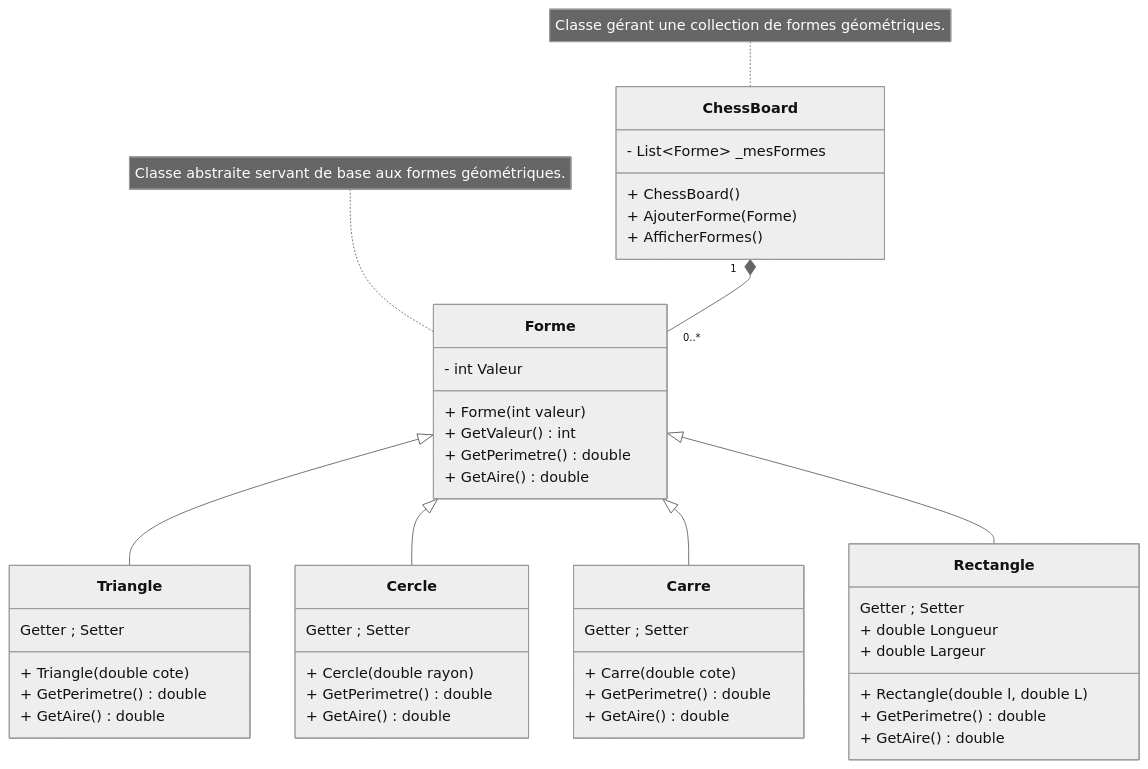
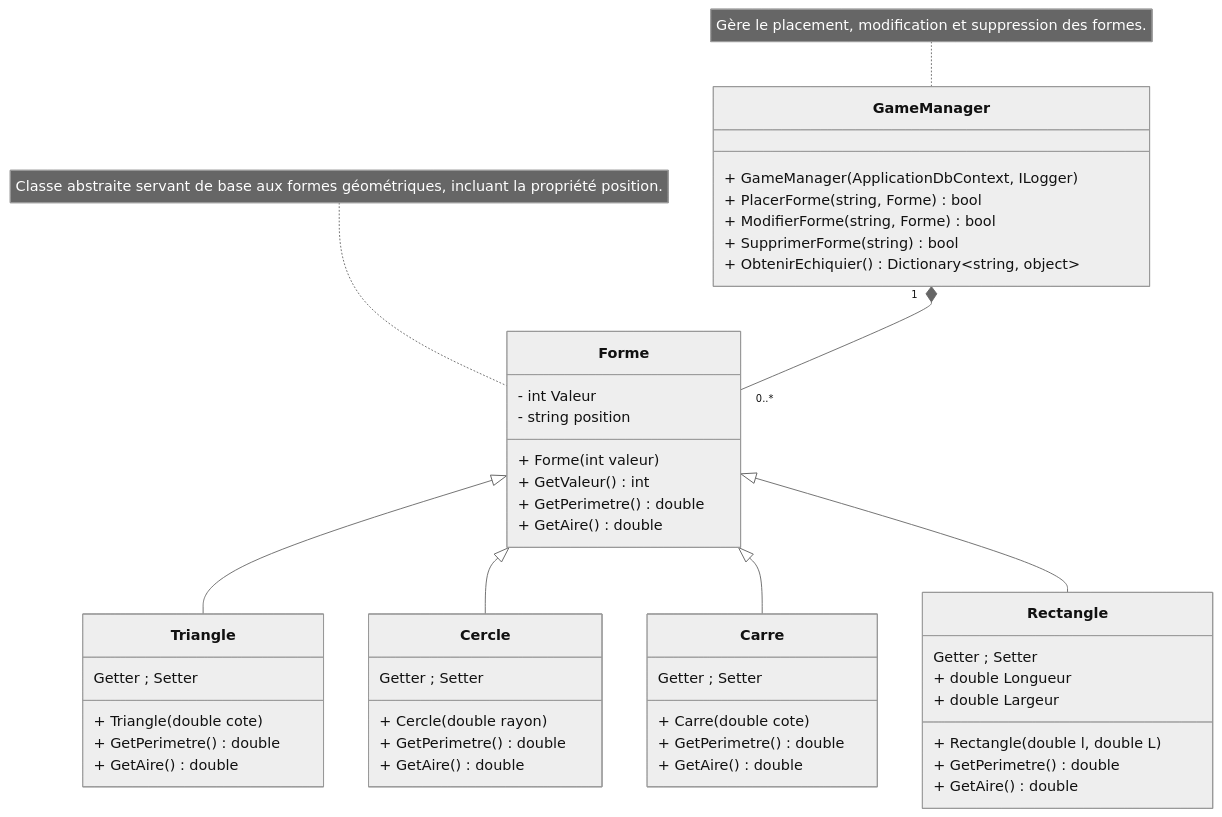
The diagram in uml/diagrame_class.mmd (Wesleysnipzz/fil-rouge), drawn with Mermaid (neutral theme) before and after one commit. The commit also changed 23 other files, not shown here.

```diff
--- a/uml/diagrame_class.mmd
+++ b/uml/diagrame_class.mmd
@@ -1,58 +1,57 @@
 classDiagram
-    class Forme {
-        - int Valeur
-        + Forme(int valeur)
-        + GetValeur() int
-        + GetPerimetre() double
-        + GetAire() double
-    }
-
-    class Triangle {
-        Getter ; Setter
-        + Triangle(double cote)
-        + GetPerimetre() double
-        + GetAire() double
-    }
-
-    class Cercle {
-        Getter ; Setter
-        + Cercle(double rayon)
-        + GetPerimetre() double
-        + GetAire() double
-    }
-
-    class Carre {
-        Getter ; Setter
-        + Carre(double cote)
-        + GetPerimetre() double
-        + GetAire() double
-    }
-
-    class Rectangle {
-        Getter  ; Setter
-        + double Longueur
-        + double Largeur
-        + Rectangle(double l, double L)
-        + GetPerimetre() double
-        + GetAire() double
-    }
-
-    class ChessBoard {
-        - List~Forme~ _mesFormes
-        + ChessBoard()
-        + AjouterForme(Forme)
-        + AfficherFormes()
-    }
-
-%% Héritage des formes
-    Forme <|-- Triangle
-    Forme <|-- Cercle
-    Forme <|-- Carre
-    Forme <|-- Rectangle
-
-%% Relation de composition entre ChessBoard et Forme
-    ChessBoard "1" *-- "0..*" Forme
-
-%% Notes explicatives
-    note for ChessBoard "Classe gérant une collection de formes géométriques."
-    note for Forme "Classe abstraite servant de base aux formes géométriques."
+            class Forme {
+                - int Valeur
+                - string position
+                + Forme(int valeur)
+                + GetValeur() int
+                + GetPerimetre() double
+                + GetAire() double
+            }
+        
+            class Triangle {
+                Getter ; Setter
+                + Triangle(double cote)
+                + GetPerimetre() double
+                + GetAire() double
+            }
+        
+            class Cercle {
+                Getter ; Setter
+                + Cercle(double rayon)
+                + GetPerimetre() double
+                + GetAire() double
+            }
+        
+            class Carre {
+                Getter ; Setter
+                + Carre(double cote)
+                + GetPerimetre() double
+                + GetAire() double
+            }
+        
+            class Rectangle {
+                Getter ; Setter
+                + double Longueur
+                + double Largeur
+                + Rectangle(double l, double L)
+                + GetPerimetre() double
+                + GetAire() double
+            }
+        
+            class GameManager {
+                + GameManager(ApplicationDbContext, ILogger)
+                + PlacerForme(string, Forme) bool
+                + ModifierForme(string, Forme) bool
+                + SupprimerForme(string) bool
+                + ObtenirEchiquier() Dictionary~string, object~
+            }
+        
+            Forme <|-- Triangle
+            Forme <|-- Cercle
+            Forme <|-- Carre
+            Forme <|-- Rectangle
+        
+            GameManager "1" *-- "0..*" Forme
+        
+            note for Forme "Classe abstraite servant de base aux formes géométriques, incluant la propriété position."
+            note for GameManager "Gère le placement, modification et suppression des formes."
```
